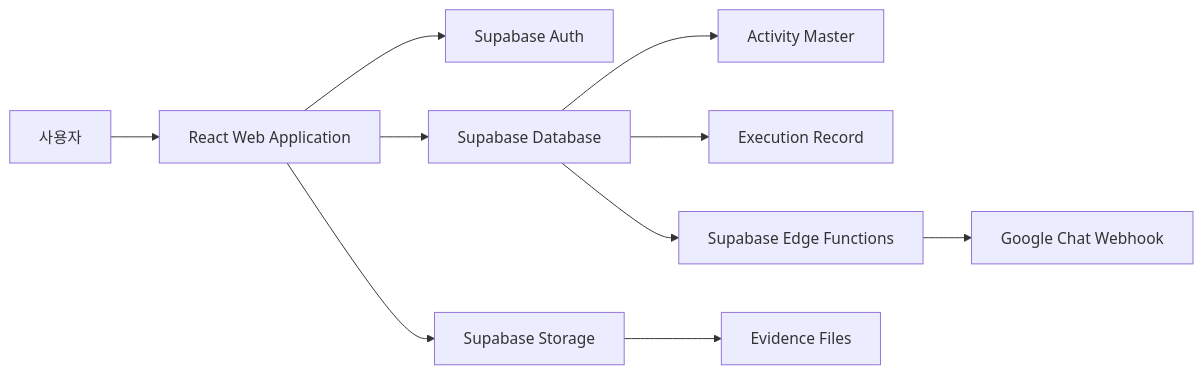
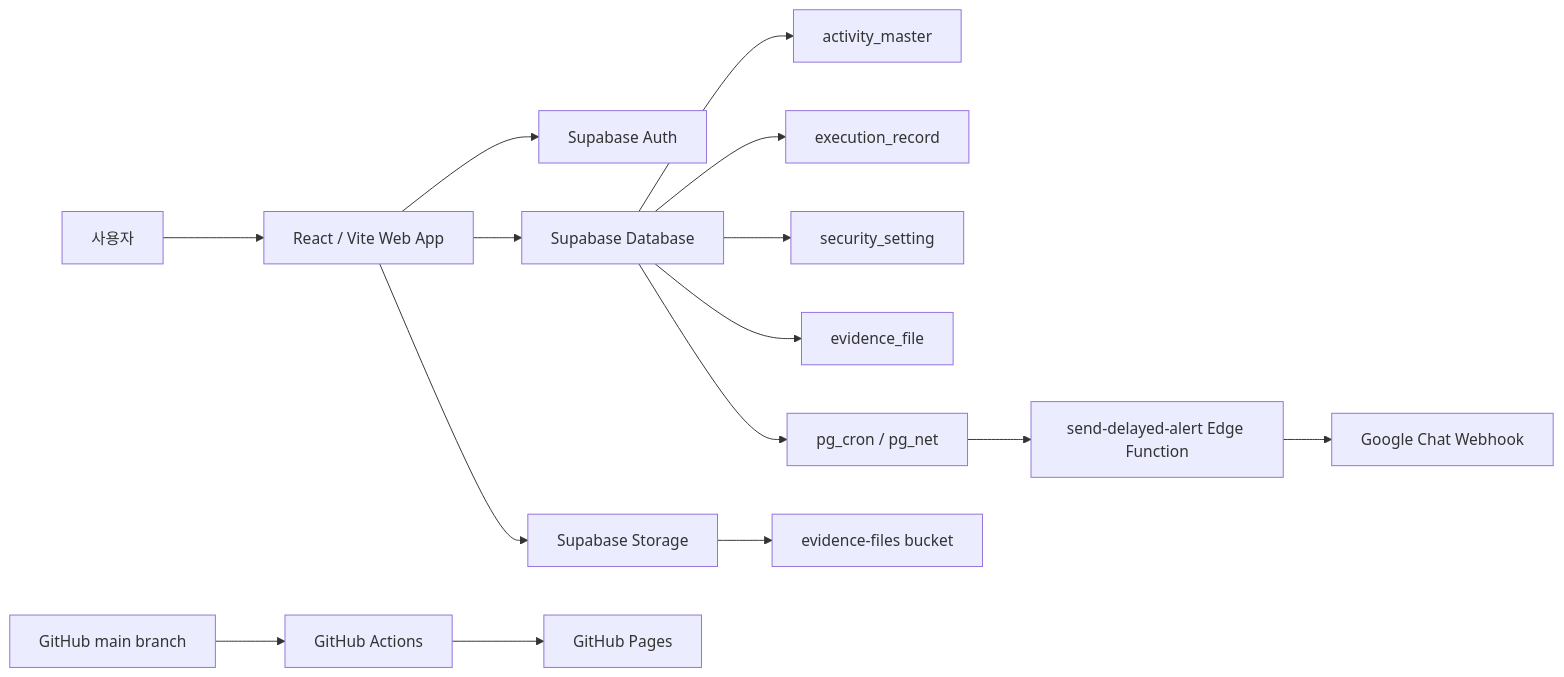
Before and after one commit to sanghakbae/security-activity-monitoring-system: the diagram in README.md, drawn with Mermaid. The commit also changed other lines of this file, not shown here.

````diff
--- a/README.md
+++ b/README.md
@@ -94,15 +129,21 @@
-``` mermaid
+```mermaid
 flowchart LR
-User[사용자] --> WebApp[React Web Application]
-WebApp --> SupabaseAuth[Supabase Auth]
-WebApp --> SupabaseDB[Supabase Database]
-WebApp --> SupabaseStorage[Supabase Storage]
+  User["사용자"] --> WebApp["React / Vite Web App"]
+  WebApp --> Auth["Supabase Auth"]
+  WebApp --> DB["Supabase Database"]
+  WebApp --> Storage["Supabase Storage"]
 
-SupabaseDB --> ActivityMaster[Activity Master]
-SupabaseDB --> ExecutionRecord[Execution Record]
+  DB --> ActivityMaster["activity_master"]
+  DB --> ExecutionRecord["execution_record"]
+  DB --> SecuritySetting["security_setting"]
+  DB --> EvidenceFile["evidence_file"]
 
-SupabaseStorage --> EvidenceFiles[Evidence Files]
+  Storage --> EvidenceStorage["evidence-files bucket"]
 
-SupabaseDB --> EdgeFunctions[Supabase Edge Functions]
-EdgeFunctions --> GoogleChat[Google Chat Webhook]
+  DB --> Cron["pg_cron / pg_net"]
+  Cron --> EdgeFunction["send-delayed-alert Edge Function"]
+  EdgeFunction --> GoogleChat["Google Chat Webhook"]
+
+  GitHub["GitHub main branch"] --> Actions["GitHub Actions"]
+  Actions --> Pages["GitHub Pages"]
 ```
````
